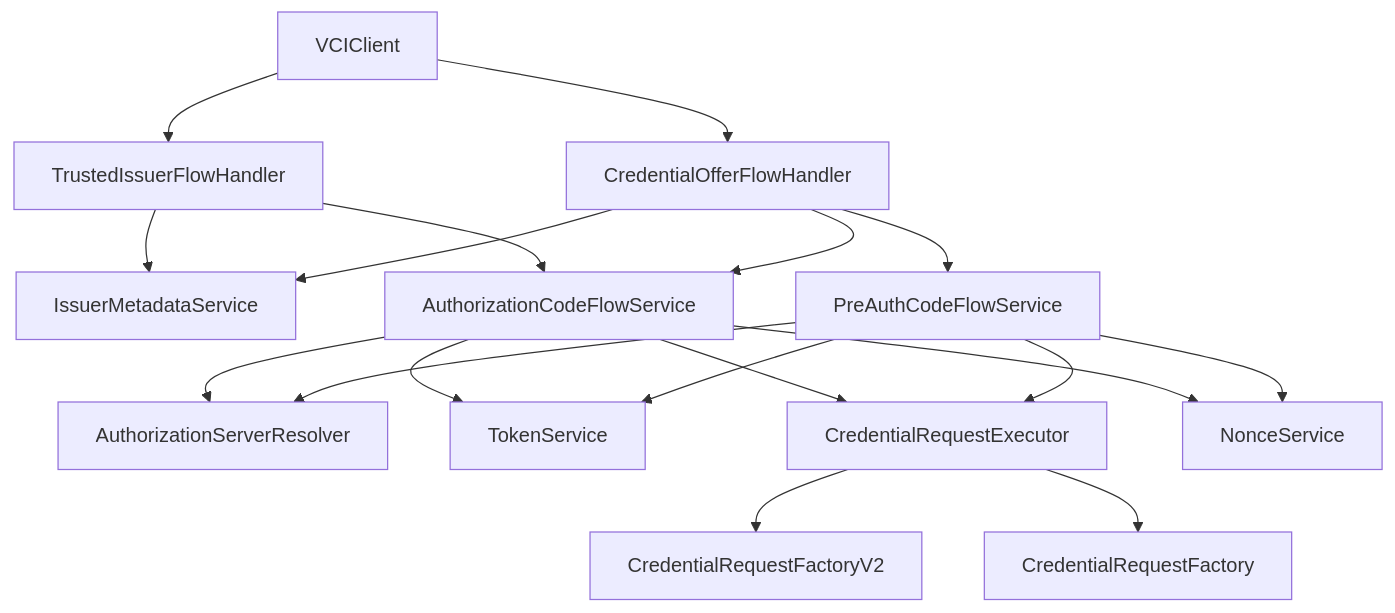
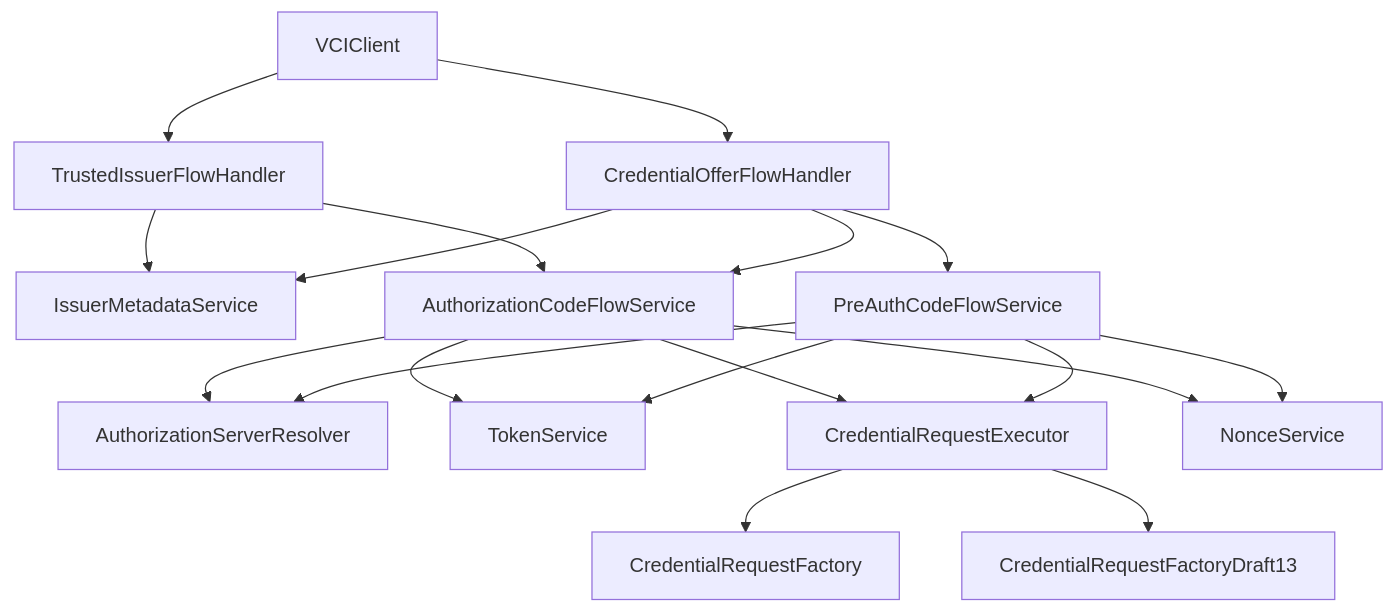
The first of 5 diagrams in docs/adr/0001-openid4vci-v1-migration.md (inji/inji-vci-client-ios-swift), drawn with Mermaid before and after one commit. The commit also changed other lines of this file and 31 other files, not shown here.

````diff
--- a/docs/adr/0001-openid4vci-v1-migration.md
+++ b/docs/adr/0001-openid4vci-v1-migration.md
@@ -132,25 +132,25 @@
 ```mermaid
 flowchart TD
     A[VCIClient] --> B[CredentialOfferFlowHandler]
     A --> C[TrustedIssuerFlowHandler]
 
     B --> D[IssuerMetadataService]
     B --> E[PreAuthCodeFlowService]
     B --> F[AuthorizationCodeFlowService]
 
     C --> D
     C --> F
 
     E --> G[AuthorizationServerResolver]
     E --> H[TokenService]
     E --> I[CredentialRequestExecutor]
     E --> J[NonceService]
 
     F --> G
     F --> H
     F --> I
     F --> J
 
-    I --> K[CredentialRequestFactoryV2]
-    I --> L[CredentialRequestFactory]
+    I --> K[CredentialRequestFactory]
+    I --> L[CredentialRequestFactoryDraft13]
 ```
````
